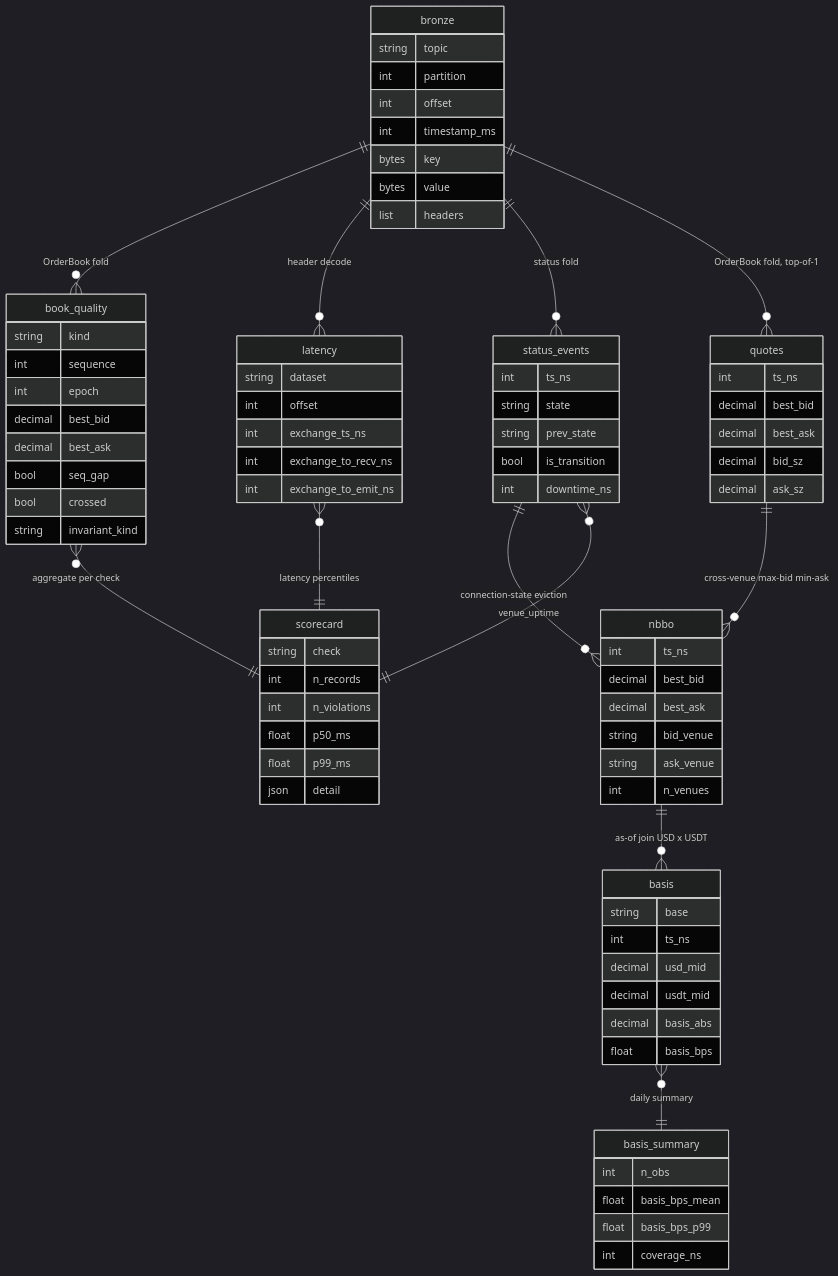
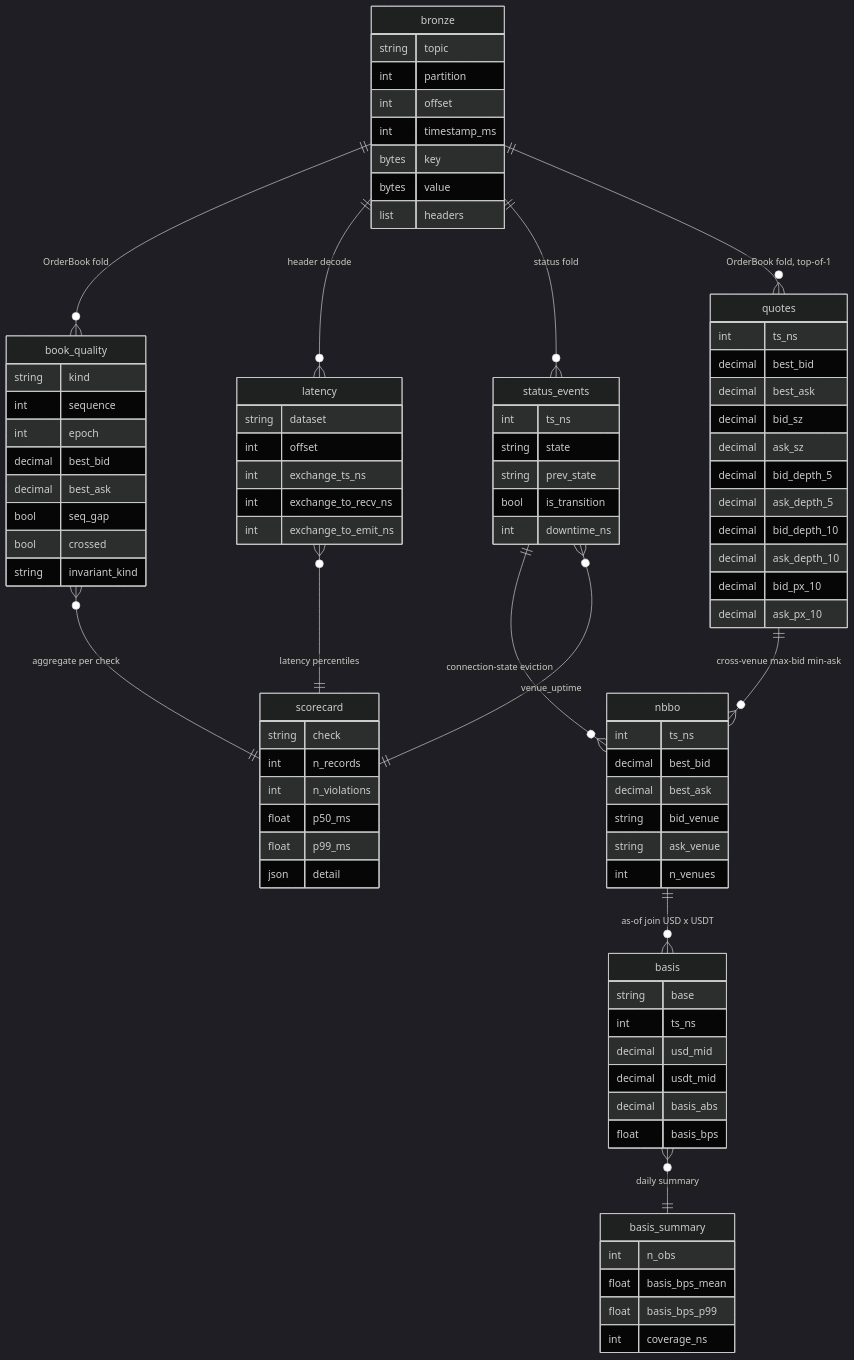
One commit to ryanp2718/crosstick changed the diagram in docs/data-contracts.md. Above: the diagram before and after it, drawn with Mermaid (dark theme). The commit also changed other lines of this file and 2 other files, not shown here.

First line of the commit message:
feat(silver): carry book depth beyond the touch into quotes

```diff
--- a/docs/data-contracts.md
+++ b/docs/data-contracts.md
@@ -72,6 +72,12 @@
         decimal best_ask
         decimal bid_sz
         decimal ask_sz
+        decimal bid_depth_5
+        decimal ask_depth_5
+        decimal bid_depth_10
+        decimal ask_depth_10
+        decimal bid_px_10
+        decimal ask_px_10
     }
     nbbo {
         int ts_ns
```
